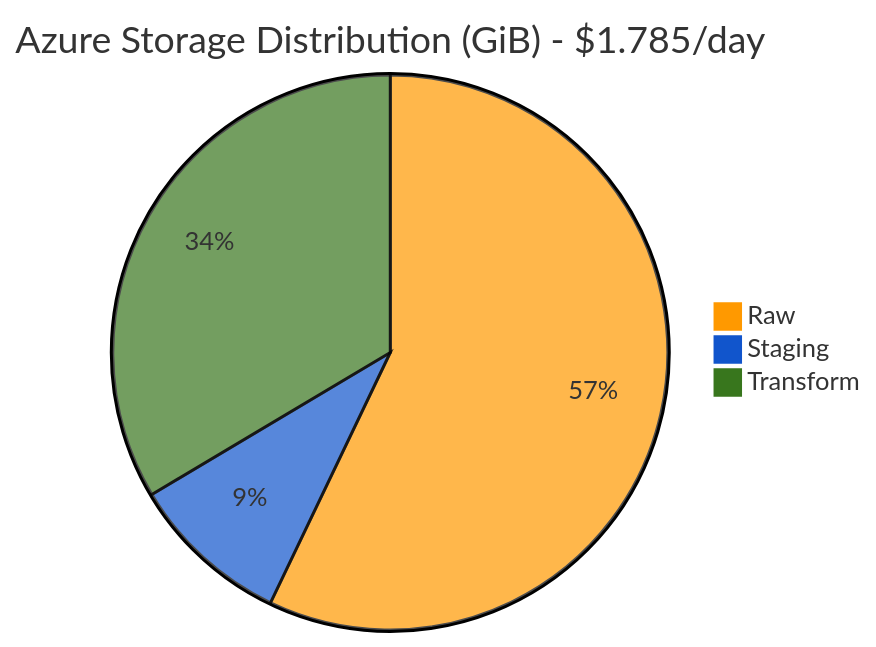
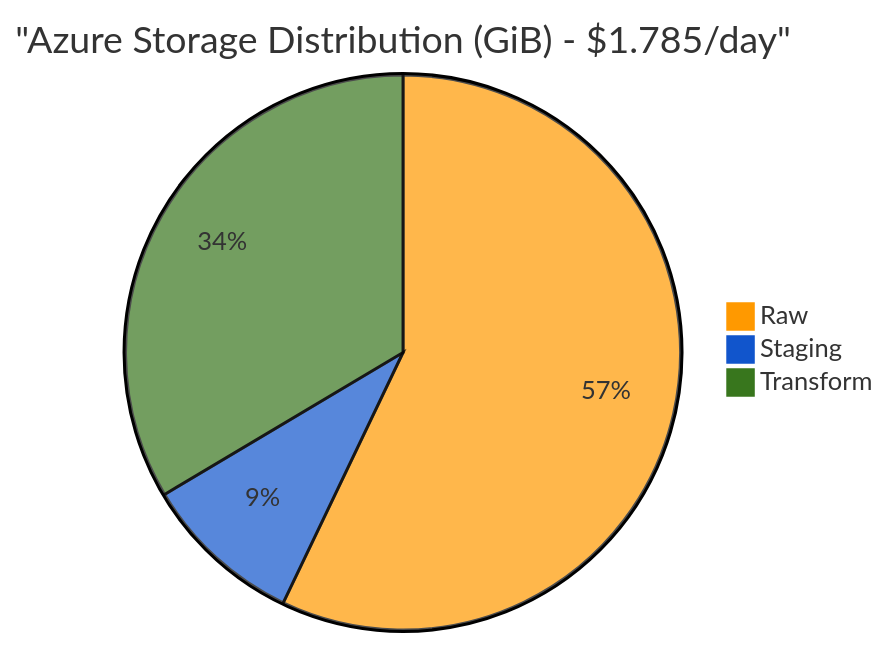
One commit to nhudinh2103/Multi-platform-comparison-NYC-Taxi-dataset changed the first of 3 diagrams in README.md. Above: the diagram before and after it, drawn with Mermaid. The commit also changed other lines of this file, not shown here.

Commit message:
Update README.md; update table of contents and mermaid charts

````diff
--- a/README.md
+++ b/README.md
@@ -274,8 +276,8 @@
 ```mermaid
 %%{init: {'theme': 'base', 'themeVariables': { 'pie1': '#ff9900', 'pie2': '#1155cc', 'pie3': '#38761d'}}}%%
 pie
-    title Azure Storage Distribution (GiB) - $1.785/day
+    title "Azure Storage Distribution (GiB) - $1.785/day"
     "Raw" : 223.13
     "Staging" : 36.53
     "Transform" : 131.07
 ```
````
